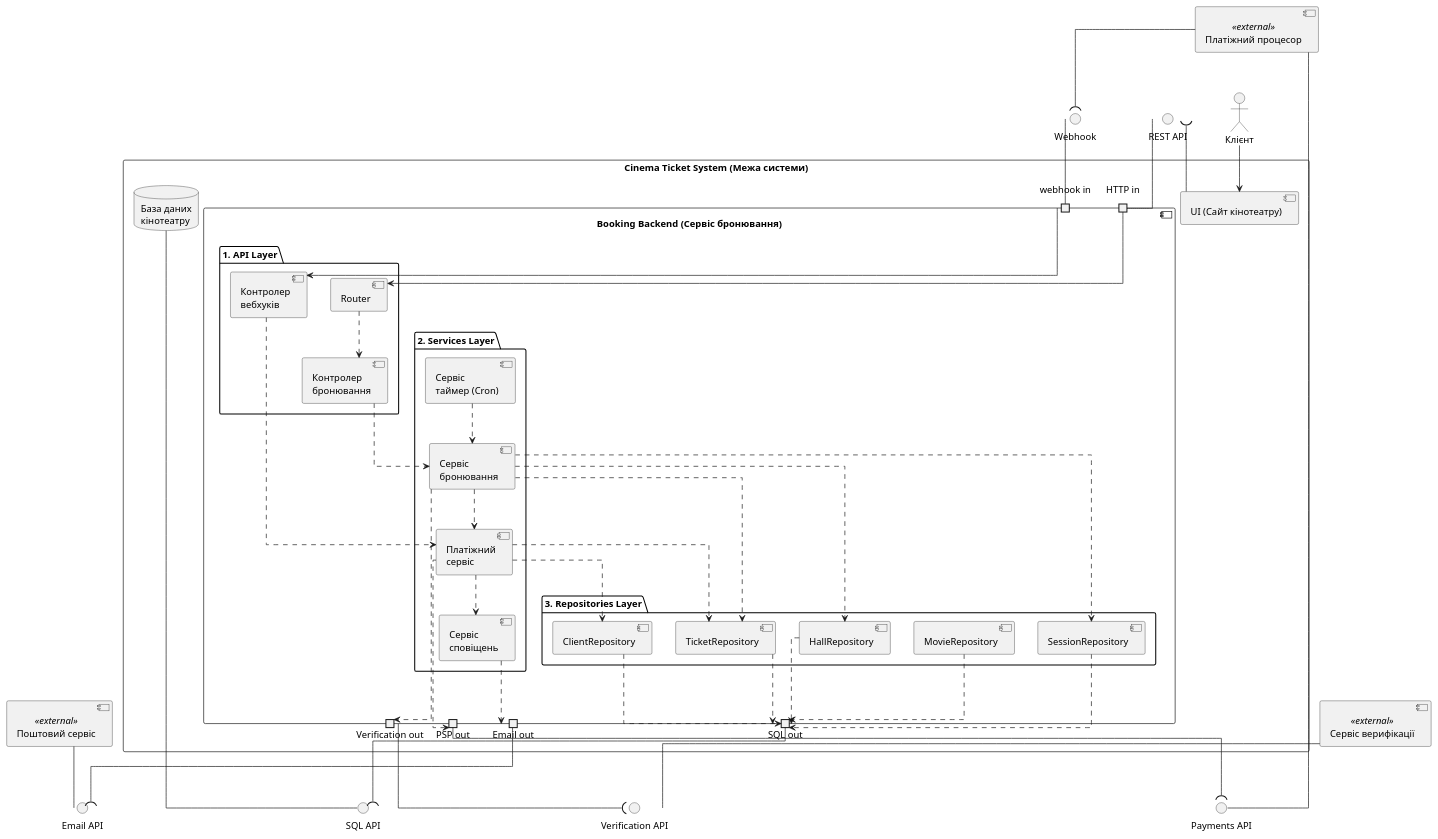
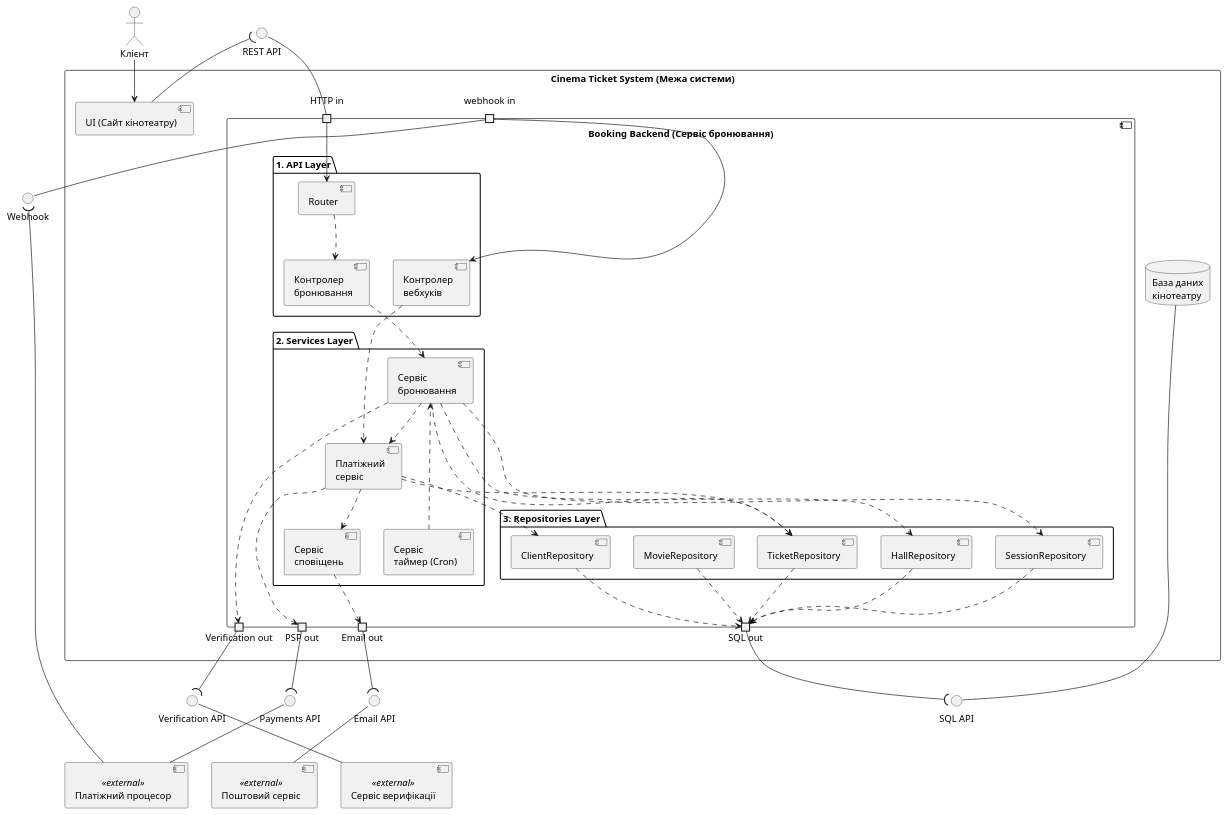
The diagram in Lab5/diagram.puml (Cheburek534/KPI2_labs), drawn with PlantUML before and after one commit.

Commit message:
Fix AI diagram

```diff
--- a/Lab5/diagram.puml
+++ b/Lab5/diagram.puml
@@ -1,107 +1,135 @@
 @startuml
+' Вимикаємо ortho, бо він ламає порти і робить хаос із лініями
 skinparam componentStyle uml2
-skinparam linetype ortho
 
 actor "Клієнт" as Client
 
 rectangle "Cinema Ticket System (Межа системи)" {
     component "UI (Сайт кінотеатру)" as UI
     
     component "Booking Backend (Сервіс бронювання)" as Backend {
         portin "HTTP in" as pHttp
         portin "webhook in" as pWh
         
         portout "PSP out" as pPsp
         portout "Email out" as pEmail
         portout "Verification out" as pVer
         portout "SQL out" as pSql
         
         package "1. API Layer" {
             component "Router" as Router
             component "Контролер\nбронювання" as BookingCtrl
             component "Контролер\nвебхуків" as WebhookCtrl
+            
+            ' Горизонтальне вирівнювання
+            Router -[hidden]right-> BookingCtrl
+            BookingCtrl -[hidden]right-> WebhookCtrl
         }
         
         package "2. Services Layer" {
             component "Сервіс\nбронювання" as BookingSvc
             component "Платіжний\nсервіс" as PaymentSvc
             component "Сервіс\nсповіщень" as NotificationSvc
             component "Сервіс\nтаймер (Cron)" as TimerSvc
+            
+            ' Горизонтальне вирівнювання
+            BookingSvc -[hidden]right-> PaymentSvc
+            PaymentSvc -[hidden]right-> NotificationSvc
+            NotificationSvc -[hidden]right-> TimerSvc
         }
         
         package "3. Repositories Layer" {
             component "ClientRepository" as ClientRepo
             component "MovieRepository" as MovieRepo
             component "HallRepository" as HallRepo
             component "SessionRepository" as SessionRepo
             component "TicketRepository" as TicketRepo
+            
+            ' Горизонтальне вирівнювання репозиторіїв
+            ClientRepo -[hidden]right-> MovieRepo
+            MovieRepo -[hidden]right-> HallRepo
+            HallRepo -[hidden]right-> SessionRepo
+            SessionRepo -[hidden]right-> TicketRepo
         }
         
-        ' Внутрішні залежності (пунктирні стрілки згори донизу)
+        ' Вертикальне вирівнювання шарів
+        BookingCtrl -[hidden]down-> BookingSvc
+        BookingSvc -[hidden]down-> SessionRepo
+        
+        ' Внутрішні залежності шарів (згори донизу)
         pHttp --> Router
         pWh --> WebhookCtrl
         
         Router ..> BookingCtrl
         
         BookingCtrl ..> BookingSvc
         WebhookCtrl ..> PaymentSvc
         
         TimerSvc ..> BookingSvc
         BookingSvc ..> PaymentSvc
         PaymentSvc ..> NotificationSvc
         
         BookingSvc ..> SessionRepo
         BookingSvc ..> TicketRepo
         BookingSvc ..> HallRepo
         PaymentSvc ..> TicketRepo
         PaymentSvc ..> ClientRepo
         
         ' Зв'язки з вихідними портами
         BookingSvc ..> pVer
         PaymentSvc ..> pPsp
         NotificationSvc ..> pEmail
         
         ClientRepo ..> pSql
         MovieRepo ..> pSql
         HallRepo ..> pSql
         SessionRepo ..> pSql
         TicketRepo ..> pSql
     }
     
     database "База даних\nкінотеатру" as DB
+    
+    ' Фіксуємо БД чітко під бекендом
+    Backend -[hidden]down-> DB
 }
 
 ' Зовнішні системи
 component "Платіжний процесор" <<external>> as PP
 component "Поштовий сервіс" <<external>> as EmailSys
 component "Сервіс верифікації" <<external>> as VerSys
 
-' Інтерфейси (Lollipop / Socket)
+' Фіксуємо зовнішні системи в один ряд внизу
+PP -[hidden]right-> EmailSys
+EmailSys -[hidden]right-> VerSys
+
+' ==========================================
+' ІНТЕРФЕЙСИ ТА ЗВ'ЯЗКИ (Суворо згори донизу)
+' ==========================================
+
+Client -down-> UI
+
 interface "REST API" as IRest
+UI -down-( IRest
+IRest -down- pHttp
+
 interface "Webhook" as IWh
+PP -up-( IWh
+IWh -up- pWh
+
 interface "Payments API" as IPP
+pPsp -down-( IPP
+IPP -down- PP
+
 interface "Email API" as IEmail
+pEmail -down-( IEmail
+IEmail -down- EmailSys
+
 interface "Verification API" as IVer
+pVer -down-( IVer
+IVer -down- VerSys
+
 interface "SQL API" as ISql
-
-' Зв'язки поза межею бекенду
-Client --> UI
-UI --( IRest
-pHttp -up-() IRest
-
-PP --( IWh
-pWh -up-() IWh
-
-pPsp --( IPP
-PP -down-() IPP
-
-pEmail --( IEmail
-EmailSys -down-() IEmail
-
-pVer --( IVer
-VerSys -down-() IVer
-
-pSql --( ISql
-DB -down-() ISql
+pSql -down-( ISql
+ISql -down- DB
 
 @enduml
```
